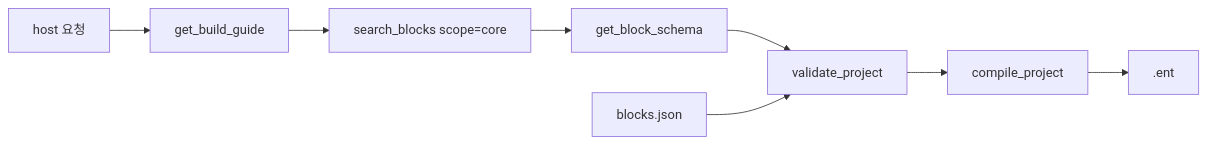
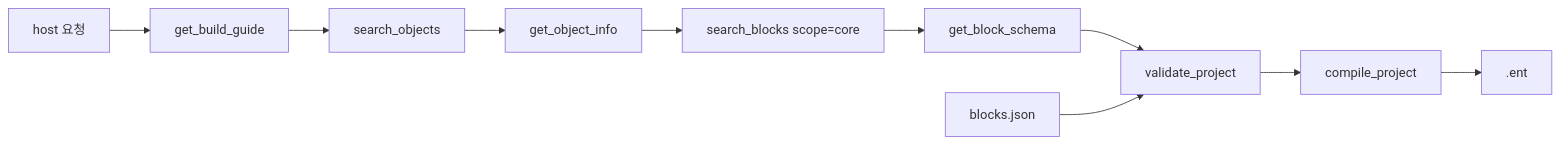
One commit to seohuda/entry-vibe-mcp changed the diagram in README.md. Above: the diagram before and after it, drawn with Mermaid. The commit also changed other lines of this file and 41 other files, not shown here.

````diff
--- a/README.md
+++ b/README.md
@@ -272,11 +276,13 @@
 ```mermaid
 flowchart LR
   Host[host 요청] --> Guide[get_build_guide]
-  Guide --> Search[search_blocks scope=core]
+  Guide --> Objects[search_objects]
+  Objects --> Info[get_object_info]
+  Info --> Search[search_blocks scope=core]
   Search --> Schema[get_block_schema]
   Schema --> Validate[validate_project]
   Validate --> Compile[compile_project]
   Compile --> Out[.ent]
 
   Catalog[blocks.json] --> Validate
 ```
````
